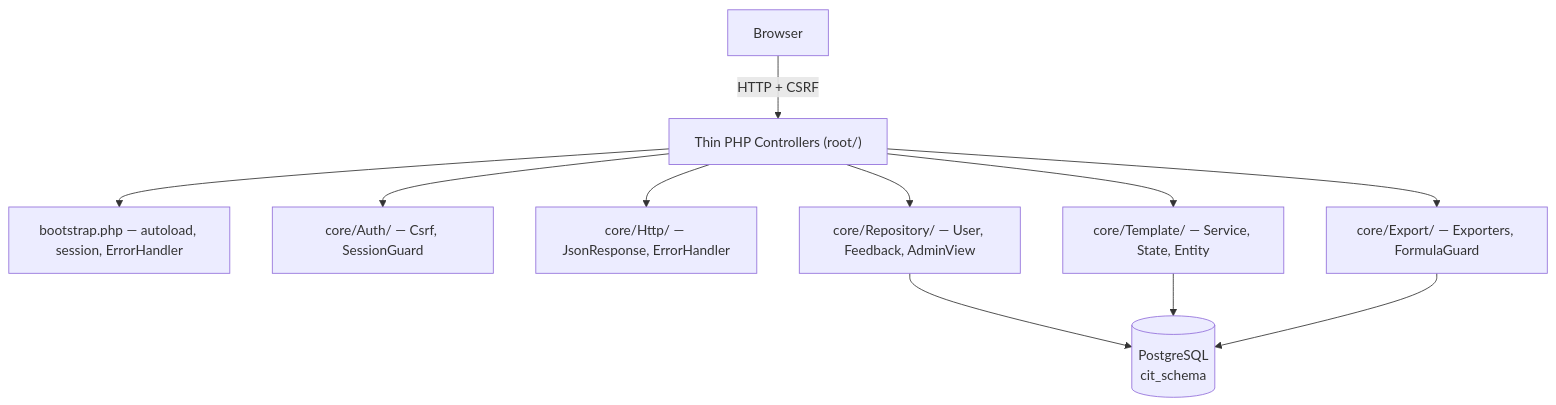
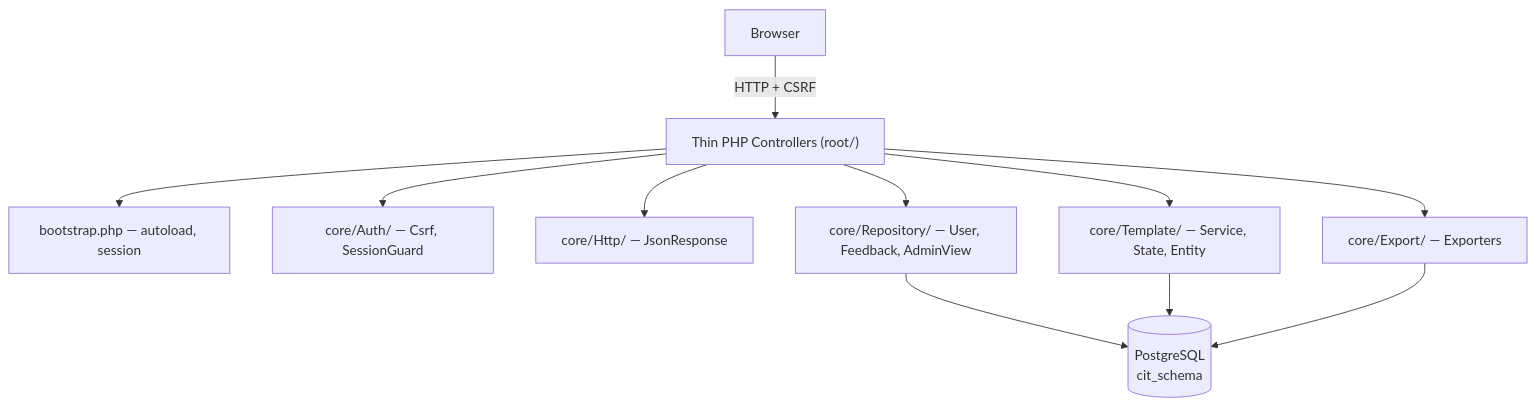
One commit to Sofiechka17/cifra changed the diagram in README.md. Above: the diagram before and after it, drawn with Mermaid. The commit also changed other lines of this file and 7 other files, not shown here.

First line of the commit message:
chore: simplify — drop ExcelFormulaGuard and ErrorHandler

````diff
--- a/README.md
+++ b/README.md
@@ -35,13 +35,13 @@
 ```mermaid
 graph TB
     Browser["Browser"] -->|"HTTP + CSRF"| Entry["Thin PHP Controllers (root/)"]
-    Entry --> Bootstrap["bootstrap.php — autoload, session, ErrorHandler"]
+    Entry --> Bootstrap["bootstrap.php — autoload, session"]
     Entry --> Auth["core/Auth/ — Csrf, SessionGuard"]
-    Entry --> Http["core/Http/ — JsonResponse, ErrorHandler"]
+    Entry --> Http["core/Http/ — JsonResponse"]
     Entry --> Repo["core/Repository/ — User, Feedback, AdminView"]
     Entry --> Tmpl["core/Template/ — Service, State, Entity"]
-    Entry --> Exp["core/Export/ — Exporters, FormulaGuard"]
+    Entry --> Exp["core/Export/ — Exporters"]
     Repo --> DB[("PostgreSQL<br/>cit_schema")]
     Tmpl --> DB
     Exp --> DB
 ```
````
